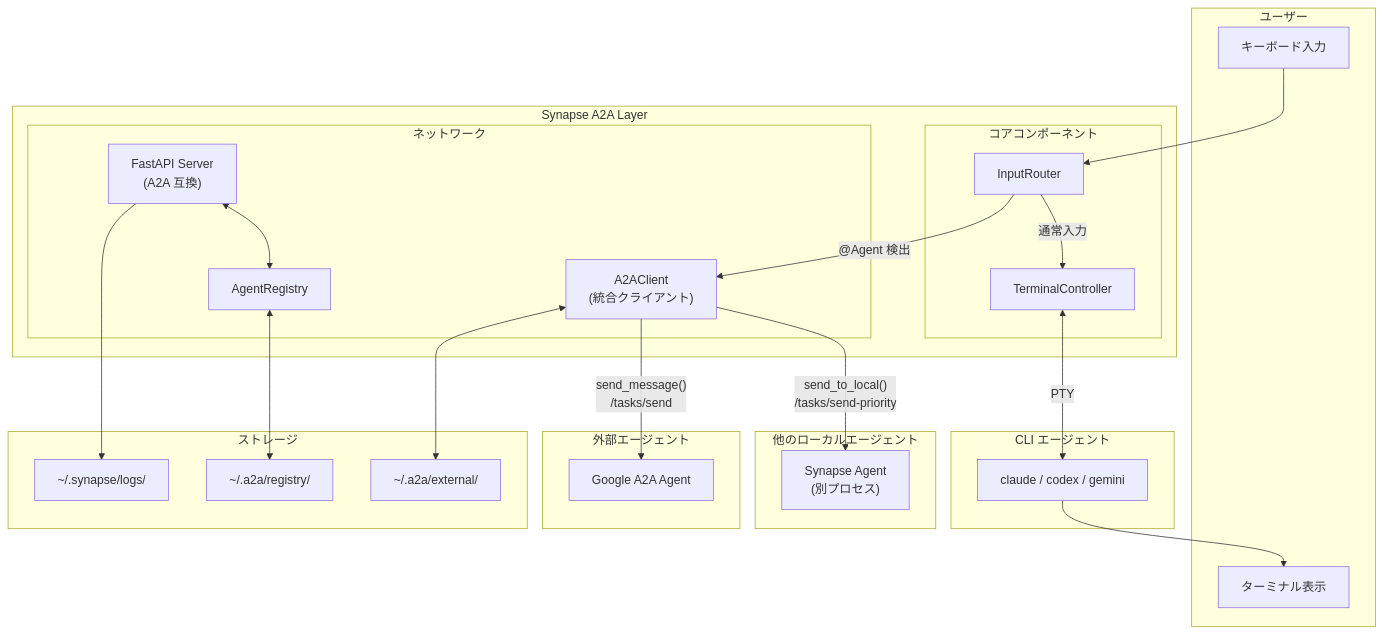
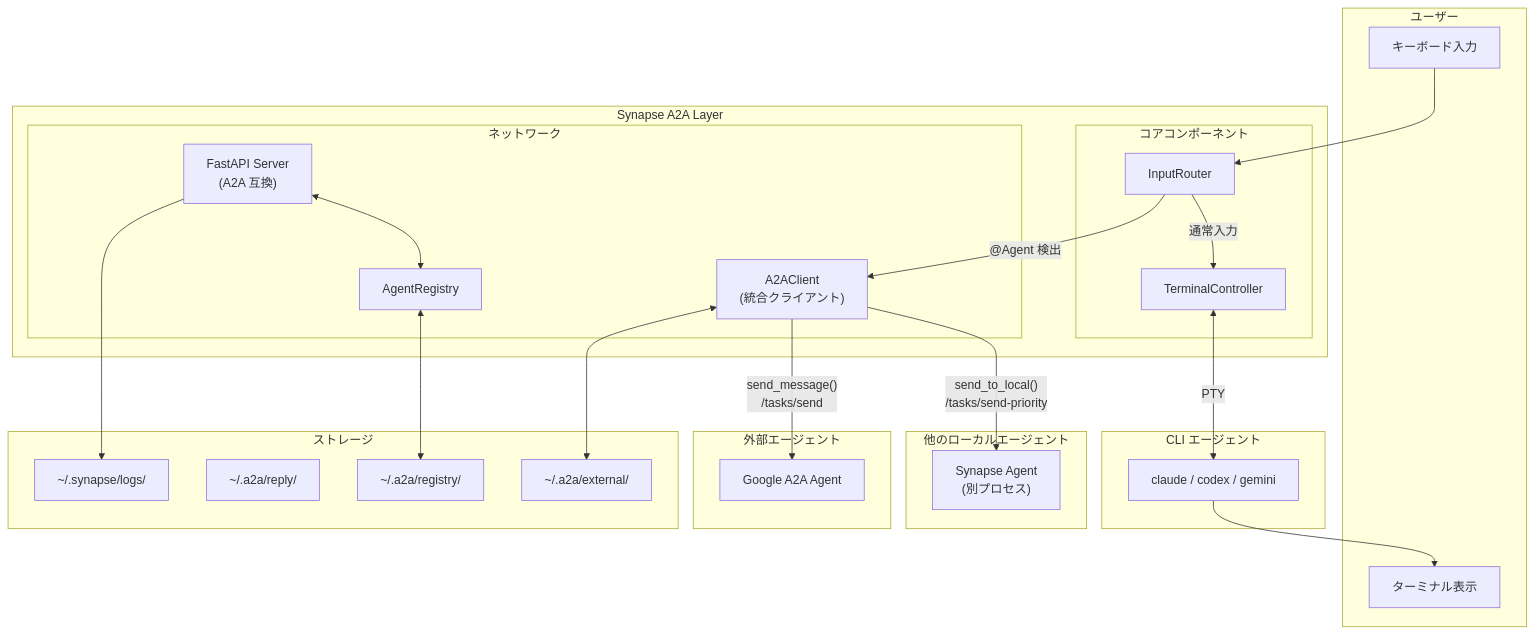
The first of 21 diagrams in guides/architecture.md (s-hiraoku/synapse-a2a), drawn with Mermaid before and after one commit. The commit also changed other lines of this file and 16 other files, not shown here.

````diff
--- a/guides/architecture.md
+++ b/guides/architecture.md
@@ -10,50 +10,51 @@
 ```mermaid
 flowchart TB
     subgraph User["ユーザー"]
         Keyboard["キーボード入力"]
         Display["ターミナル表示"]
     end
 
     subgraph Synapse["Synapse A2A Layer"]
         subgraph Core["コアコンポーネント"]
             IR["InputRouter"]
             TC["TerminalController"]
         end
 
         subgraph Network["ネットワーク"]
             Server["FastAPI Server<br/>(A2A 互換)"]
             Registry["AgentRegistry"]
             A2AClient["A2AClient<br/>(統合クライアント)"]
         end
     end
 
     subgraph CLI["CLI エージェント"]
         Agent["claude / codex / gemini"]
     end
 
     subgraph External["外部エージェント"]
         ExtAgent["Google A2A Agent"]
     end
 
     subgraph OtherLocal["他のローカルエージェント"]
         LocalAgent["Synapse Agent<br/>(別プロセス)"]
     end
 
     subgraph Storage["ストレージ"]
         RegistryDir["~/.a2a/registry/"]
+        ReplyDir["~/.a2a/reply/"]
         ExternalDir["~/.a2a/external/"]
         LogDir["~/.synapse/logs/"]
     end
 
     Keyboard --> IR
     IR -->|"通常入力"| TC
     IR -->|"@Agent 検出"| A2AClient
     A2AClient -->|"send_to_local()<br/>/tasks/send-priority"| LocalAgent
     A2AClient -->|"send_message()<br/>/tasks/send"| ExtAgent
     TC <-->|"PTY"| Agent
     Agent --> Display
     Server <--> Registry
     Registry <--> RegistryDir
     A2AClient <--> ExternalDir
     Server --> LogDir
 ```
````
